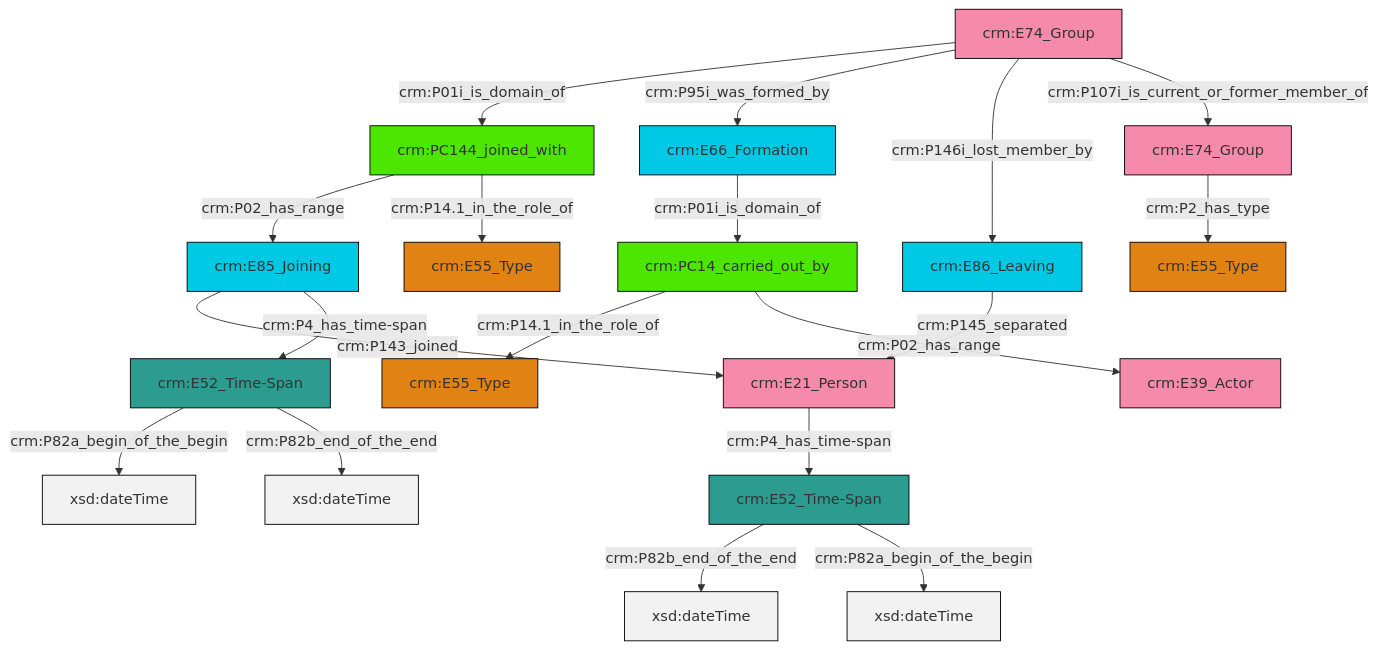
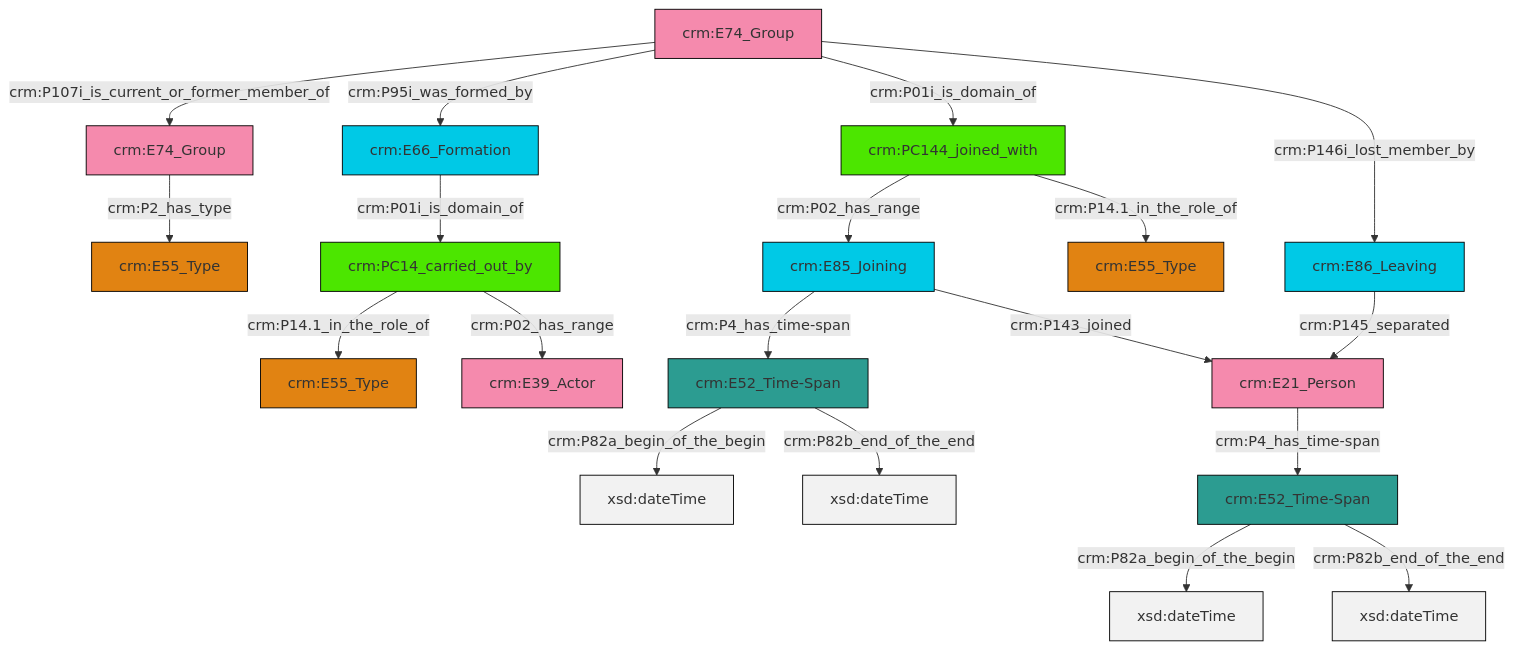
Before and after one commit to swiss-art-research-net/reference-data-models: the diagram in et/groupCSV/ttl/mmd/group_actor_relations.ttl.mmd, drawn with Mermaid. The commit also changed 152 other files, not shown here.

```diff
--- a/et/groupCSV/ttl/mmd/group_actor_relations.ttl.mmd
+++ b/et/groupCSV/ttl/mmd/group_actor_relations.ttl.mmd
@@ -1,33 +1,33 @@
 graph TD
 classDef Literal fill:#f2f2f2,stroke:#000000;
 classDef CRM_Entity fill:#FFFFFF,stroke:#000000;
 classDef Temporal_Entity fill:#00C9E6, stroke:#000000;
 classDef Type fill:#E18312, stroke:#000000;
 classDef Time-Span fill:#2C9C91, stroke:#000000;
 classDef Appellation fill:#FFEB7F, stroke:#000000;
 classDef Place fill:#008836, stroke:#000000;
 classDef Persistent_Item fill:#B266B2, stroke:#000000;
 classDef Conceptual_Object fill:#FFD700, stroke:#000000;
 classDef Physical_Thing fill:#D2B48C, stroke:#000000;
 classDef Actor fill:#f58aad, stroke:#000000;
 classDef PC_Classes fill:#4ce600, stroke:#000000;
 classDef Multi fill:#cccccc,stroke:#000000;
 
-2["crm:E74_Group"]:::Actor -->|crm:P01i_is_domain_of| 3["crm:PC144_joined_with"]:::PC_Classes
-6["crm:PC14_carried_out_by"]:::PC_Classes -->|crm:P14.1_in_the_role_of| 4["crm:E55_Type"]:::Type
-7["crm:E85_Joining"]:::Temporal_Entity -->|crm:P143_joined| 8["crm:E21_Person"]:::Actor
-12["crm:E52_Time-Span"]:::Time-Span -->|crm:P82b_end_of_the_end| 13[xsd:dateTime]:::Literal
-15["crm:E52_Time-Span"]:::Time-Span -->|crm:P82a_begin_of_the_begin| 16[xsd:dateTime]:::Literal
-2["crm:E74_Group"]:::Actor -->|crm:P95i_was_formed_by| 17["crm:E66_Formation"]:::Temporal_Entity
-2["crm:E74_Group"]:::Actor -->|crm:P146i_lost_member_by| 19["crm:E86_Leaving"]:::Temporal_Entity
-15["crm:E52_Time-Span"]:::Time-Span -->|crm:P82b_end_of_the_end| 20[xsd:dateTime]:::Literal
-2["crm:E74_Group"]:::Actor -->|crm:P107i_is_current_or_former_member_of| 22["crm:E74_Group"]:::Actor
-3["crm:PC144_joined_with"]:::PC_Classes -->|crm:P02_has_range| 7["crm:E85_Joining"]:::Temporal_Entity
-3["crm:PC144_joined_with"]:::PC_Classes -->|crm:P14.1_in_the_role_of| 0["crm:E55_Type"]:::Type
-6["crm:PC14_carried_out_by"]:::PC_Classes -->|crm:P02_has_range| 23["crm:E39_Actor"]:::Actor
-19["crm:E86_Leaving"]:::Temporal_Entity -->|crm:P145_separated| 8["crm:E21_Person"]:::Actor
-8["crm:E21_Person"]:::Actor -->|crm:P4_has_time-span| 12["crm:E52_Time-Span"]:::Time-Span
-7["crm:E85_Joining"]:::Temporal_Entity -->|crm:P4_has_time-span| 15["crm:E52_Time-Span"]:::Time-Span
-17["crm:E66_Formation"]:::Temporal_Entity -->|crm:P01i_is_domain_of| 6["crm:PC14_carried_out_by"]:::PC_Classes
-12["crm:E52_Time-Span"]:::Time-Span -->|crm:P82a_begin_of_the_begin| 33[xsd:dateTime]:::Literal
-22["crm:E74_Group"]:::Actor -->|crm:P2_has_type| 10["crm:E55_Type"]:::Type
+0["crm:E74_Group"]:::Actor -->|crm:P107i_is_current_or_former_member_of| 1["crm:E74_Group"]:::Actor
+4["crm:E52_Time-Span"]:::Time-Span -->|crm:P82a_begin_of_the_begin| 5[xsd:dateTime]:::Literal
+0["crm:E74_Group"]:::Actor -->|crm:P95i_was_formed_by| 10["crm:E66_Formation"]:::Temporal_Entity
+8["crm:E85_Joining"]:::Temporal_Entity -->|crm:P4_has_time-span| 4["crm:E52_Time-Span"]:::Time-Span
+1["crm:E74_Group"]:::Actor -->|crm:P2_has_type| 13["crm:E55_Type"]:::Type
+14["crm:PC144_joined_with"]:::PC_Classes -->|crm:P02_has_range| 8["crm:E85_Joining"]:::Temporal_Entity
+8["crm:E85_Joining"]:::Temporal_Entity -->|crm:P143_joined| 15["crm:E21_Person"]:::Actor
+0["crm:E74_Group"]:::Actor -->|crm:P01i_is_domain_of| 14["crm:PC144_joined_with"]:::PC_Classes
+18["crm:E52_Time-Span"]:::Time-Span -->|crm:P82a_begin_of_the_begin| 19[xsd:dateTime]:::Literal
+4["crm:E52_Time-Span"]:::Time-Span -->|crm:P82b_end_of_the_end| 20[xsd:dateTime]:::Literal
+0["crm:E74_Group"]:::Actor -->|crm:P146i_lost_member_by| 22["crm:E86_Leaving"]:::Temporal_Entity
+6["crm:PC14_carried_out_by"]:::PC_Classes -->|crm:P14.1_in_the_role_of| 2["crm:E55_Type"]:::Type
+10["crm:E66_Formation"]:::Temporal_Entity -->|crm:P01i_is_domain_of| 6["crm:PC14_carried_out_by"]:::PC_Classes
+14["crm:PC144_joined_with"]:::PC_Classes -->|crm:P14.1_in_the_role_of| 11["crm:E55_Type"]:::Type
+18["crm:E52_Time-Span"]:::Time-Span -->|crm:P82b_end_of_the_end| 26[xsd:dateTime]:::Literal
+6["crm:PC14_carried_out_by"]:::PC_Classes -->|crm:P02_has_range| 28["crm:E39_Actor"]:::Actor
+15["crm:E21_Person"]:::Actor -->|crm:P4_has_time-span| 18["crm:E52_Time-Span"]:::Time-Span
+22["crm:E86_Leaving"]:::Temporal_Entity -->|crm:P145_separated| 15["crm:E21_Person"]:::Actor
```
